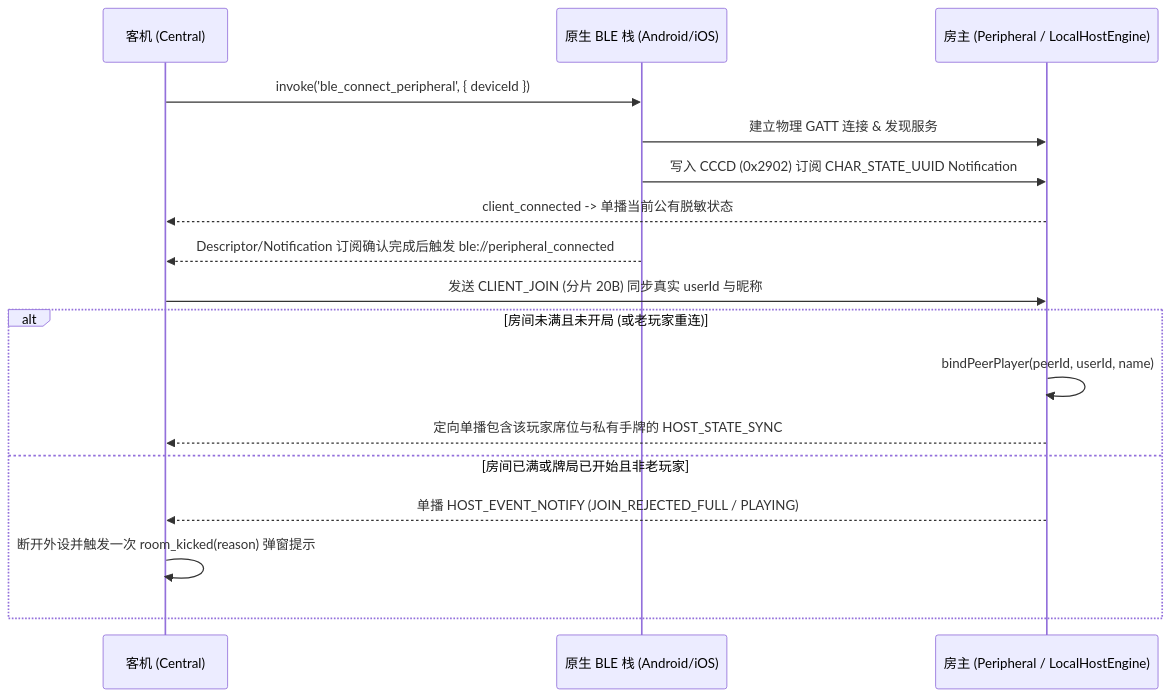
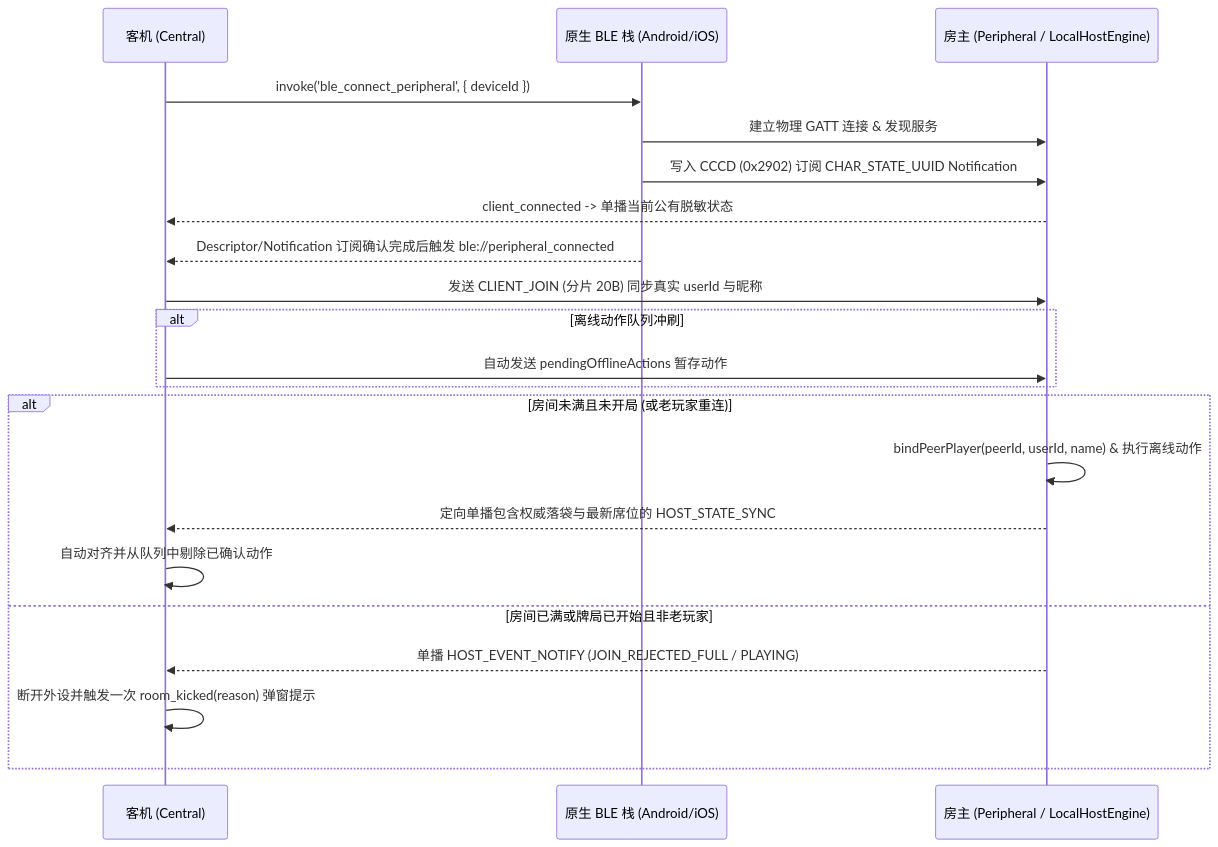
Before and after one commit to biubiubiiu/PoolPoker: the diagram in docs/ble_offline_architecture.md, drawn with Mermaid. The commit also changed other lines of this file and 11 other files, not shown here.

First line of the commit message:
feat(ble): introduce CRDT event sourcing and optimistic offline sync

````diff
--- a/docs/ble_offline_architecture.md
+++ b/docs/ble_offline_architecture.md
@@ -166,20 +306,24 @@
 ```mermaid
 sequenceDiagram
     participant Guest as 客机 (Central)
     participant Native as 原生 BLE 栈 (Android/iOS)
     participant Host as 房主 (Peripheral / LocalHostEngine)
 
     Guest->>Native: invoke('ble_connect_peripheral', { deviceId })
     Native->>Host: 建立物理 GATT 连接 & 发现服务
     Native->>Host: 写入 CCCD (0x2902) 订阅 CHAR_STATE_UUID Notification
     Host-->>Guest: client_connected -> 单播当前公有脱敏状态
     Native-->>Guest: Descriptor/Notification 订阅确认完成后触发 ble://peripheral_connected
     Guest->>Host: 发送 CLIENT_JOIN (分片 20B) 同步真实 userId 与昵称
+    alt 离线动作队列冲刷
+        Guest->>Host: 自动发送 pendingOfflineActions 暂存动作
+    end
     alt 房间未满且未开局 (或老玩家重连)
-        Host->>Host: bindPeerPlayer(peerId, userId, name)
-        Host-->>Guest: 定向单播包含该玩家席位与私有手牌的 HOST_STATE_SYNC
+        Host->>Host: bindPeerPlayer(peerId, userId, name) & 执行离线动作
+        Host-->>Guest: 定向单播包含权威落袋与最新席位的 HOST_STATE_SYNC
+        Guest->>Guest: 自动对齐并从队列中剔除已确认动作
     else 房间已满或牌局已开始且非老玩家
         Host-->>Guest: 单播 HOST_EVENT_NOTIFY (JOIN_REJECTED_FULL / PLAYING)
         Guest->>Guest: 断开外设并触发一次 room_kicked(reason) 弹窗提示
     end
 ```
````
